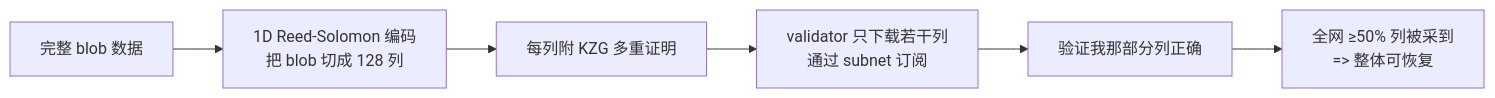
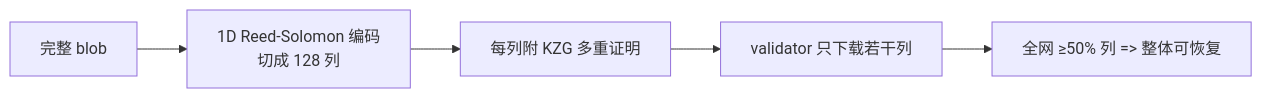
Before and after one commit to ChuwuYo/misc-files: the eighth of 13 diagrams in web3-engineer-guide/07-L2与扩容/README.md, drawn with Mermaid. The commit also changed other lines of this file and 211 other files, not shown here.

````diff
--- a/web3-engineer-guide/07-L2与扩容/README.md
+++ b/web3-engineer-guide/07-L2与扩容/README.md
@@ -634,8 +407,7 @@
 ```mermaid
 graph LR
-    A[完整 blob 数据] --> B[1D Reed-Solomon 编码<br>把 blob 切成 128 列]
+    A[完整 blob] --> B[1D Reed-Solomon 编码<br>切成 128 列]
     B --> C[每列附 KZG 多重证明]
-    C --> D[validator 只下载若干列<br>通过 subnet 订阅]
-    D --> E[验证我那部分列正确]
-    E --> F[全网 ≥50% 列被采到<br>=> 整体可恢复]
+    C --> D[validator 只下载若干列]
+    D --> E[全网 ≥50% 列 => 整体可恢复]
 ```
````
